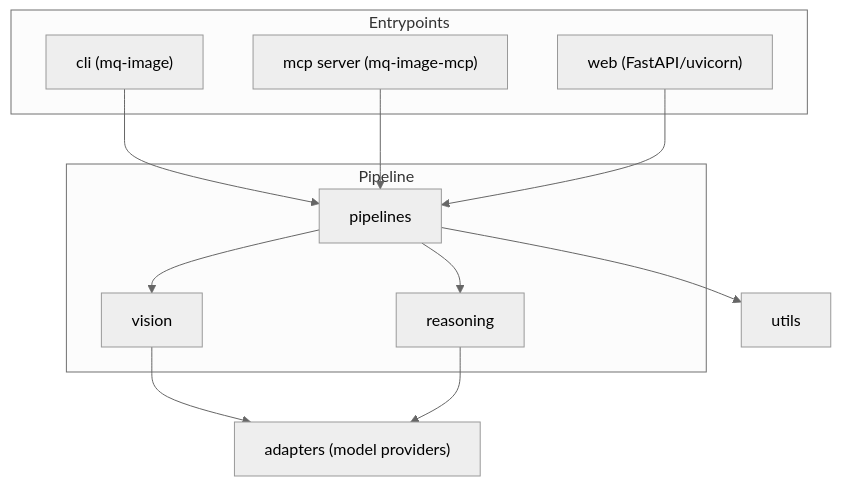
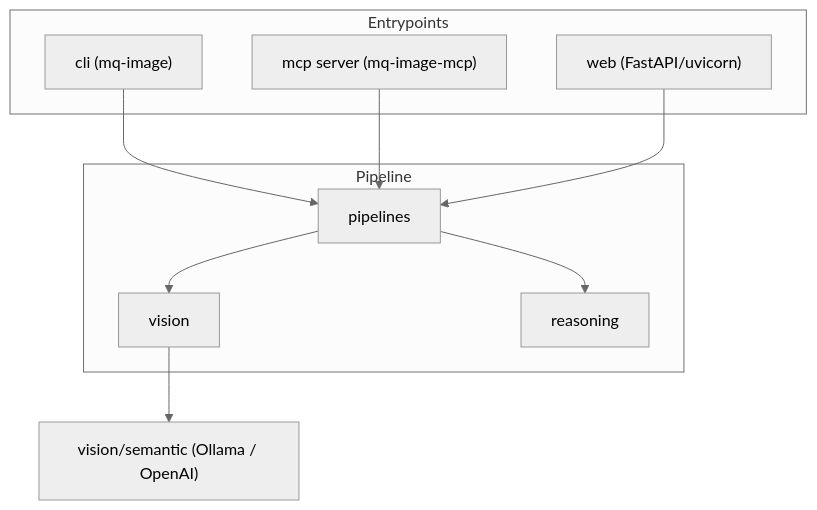
Before and after one commit to MCamner/mq-image-analyze: the diagram in docs/architecture.mmd, drawn with Mermaid (neutral theme). The commit also changed 41 other files, not shown here.

```diff
--- a/docs/architecture.mmd
+++ b/docs/architecture.mmd
@@ -1,21 +1,18 @@
 flowchart TD
   subgraph ENTRY["Entrypoints"]
     CLI["cli (mq-image)"]
     MCP["mcp server (mq-image-mcp)"]
     WEBAPI["web (FastAPI/uvicorn)"]
   end
   subgraph CORE["Pipeline"]
     PIPE["pipelines"]
     VIS["vision"]
     REAS["reasoning"]
   end
-  ADAPT["adapters (model providers)"]
-  UTIL["utils"]
+  SEM["vision/semantic (Ollama / OpenAI)"]
   CLI --> PIPE
   MCP --> PIPE
   WEBAPI --> PIPE
   PIPE --> VIS
   PIPE --> REAS
-  VIS --> ADAPT
-  REAS --> ADAPT
-  PIPE --> UTIL
+  VIS --> SEM
```
